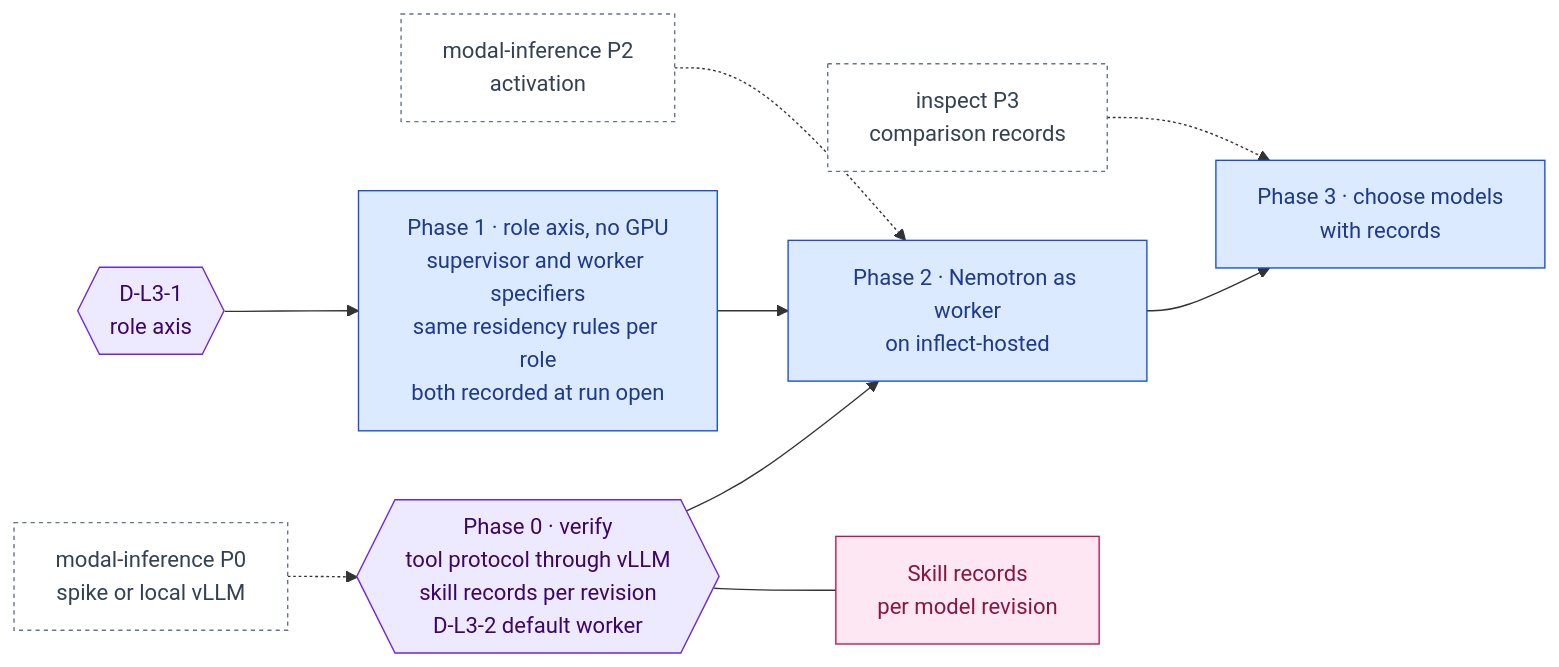
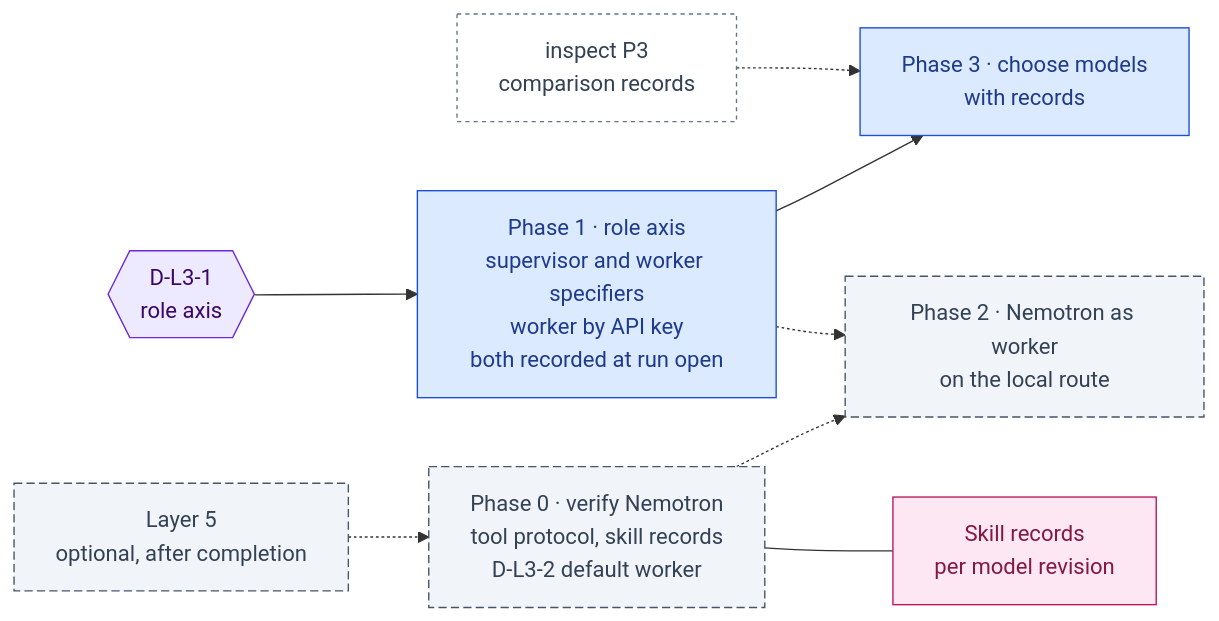
Before and after one commit to RodnaPamet/inflect-compliance: the diagram in docs/ai-architecture/nemotron-reasoning.md, drawn with Mermaid. The commit also changed other lines of this file and 21 other files, not shown here.

First line of the commit message:
docs(ai-architecture): the roadmap is complete without Layer 5; models through API keys

````diff
--- a/docs/ai-architecture/nemotron-reasoning.md
+++ b/docs/ai-architecture/nemotron-reasoning.md
@@ -30,26 +31,23 @@
 ```mermaid
 flowchart LR
   G1{{"D-L3-1<br/>role axis"}}:::gate
-  P0{{"Phase 0 · verify<br/>tool protocol through vLLM<br/>skill records per revision<br/>D-L3-2 default worker"}}:::gate
-  P1["Phase 1 · role axis, no GPU<br/>supervisor and worker specifiers<br/>same residency rules per role<br/>both recorded at run open"]:::todo
-  P2["Phase 2 · Nemotron as worker<br/>on inflect-hosted"]:::todo
+  P1["Phase 1 · role axis<br/>supervisor and worker specifiers<br/>worker by API key<br/>both recorded at run open"]:::todo
   P3["Phase 3 · choose models<br/>with records"]:::todo
-  SPK["modal-inference P0<br/>spike or local vLLM"]:::ext
-  ACT["modal-inference P2<br/>activation"]:::ext
   INS["inspect P3<br/>comparison records"]:::ext
+  L5["Layer 5<br/>optional, after completion"]:::optional
+  P0["Phase 0 · verify Nemotron<br/>tool protocol, skill records<br/>D-L3-2 default worker"]:::optional
+  P2["Phase 2 · Nemotron as worker<br/>on the local route"]:::optional
   SK["Skill records<br/>per model revision"]:::eval
-  G1 --> P1
-  SPK -.-> P0
-  P0 --> P2
-  P1 --> P2 --> P3
-  ACT -.-> P2
+  G1 --> P1 --> P3
   INS -.-> P3
+  L5 -.-> P0 -.-> P2
+  P1 -.-> P2
   P0 --- SK
 
   classDef done fill:#d1fae5,stroke:#047857,color:#064e3b
   classDef todo fill:#dbeafe,stroke:#1d4ed8,color:#1e3a8a
   classDef gate fill:#ede9fe,stroke:#6d28d9,color:#3b0764
   classDef ext fill:#ffffff,stroke:#64748b,color:#334155,stroke-dasharray:3 3
   classDef eval fill:#fce7f3,stroke:#be185d,color:#831843
-  classDef declined fill:#f3f4f6,stroke:#6b7280,color:#374151,stroke-dasharray:4 3
+  classDef optional fill:#f1f5f9,stroke:#475569,color:#334155,stroke-dasharray:6 3
 ```
````
